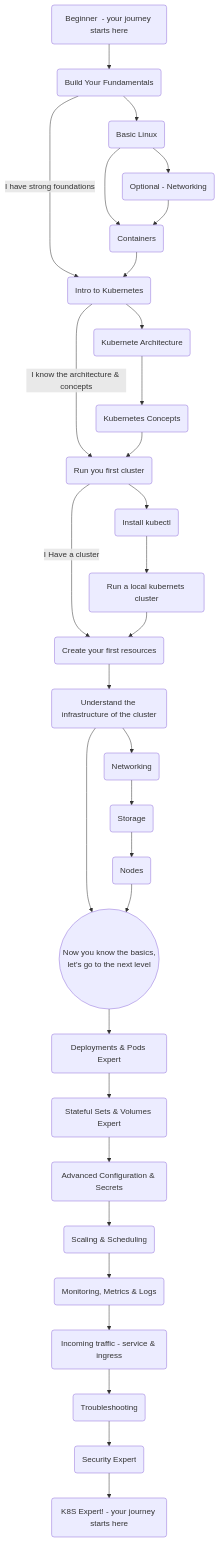
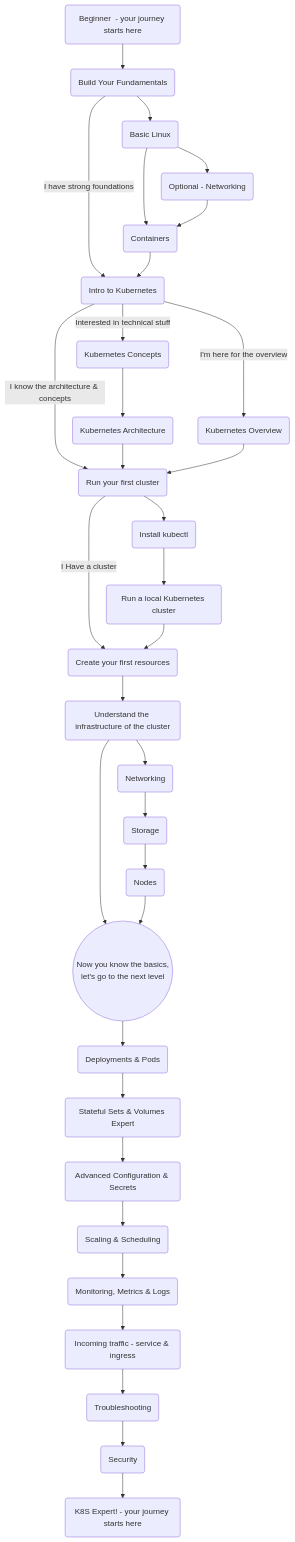
The diagram in README.md (guymenahem/the-kubernetes-journey), drawn with Mermaid before and after one commit. The commit also changed other lines of this file and 20 other files, not shown here.

````diff
--- a/README.md
+++ b/README.md
@@ -11,9 +14,11 @@
 ```mermaid
     flowchart TD;
         start(Beginner  - your journey starts here)
+        click start "https://github.com/guymenahem/the-kubernetes-journey/tree/main/Intros/journey-start"
         start --> fundamentals
 
         fundamentals(Build Your Fundamentals)
+        click fundamentals "https://github.com/guymenahem/the-kubernetes-journey/tree/main/Intros/build-fundamentals"
         fundamentals --> linux
         fundamentals -- I have strong foundations --> k8s-intro
 
@@ -31,14 +36,25 @@
             containers --> k8s-intro
 
         k8s-intro(Intro to Kubernetes)
-        k8s-intro --> k8s-arch
+        click k8s-intro "https://github.com/guymenahem/the-kubernetes-journey/tree/main/Intros/intro-k8s"
+        k8s-intro -- Interested in technical stuff  --> k8s-concepts
+        k8s-intro -- I'm here for the overview  --> k8s-overview
         k8s-intro -- I know the architecture & concepts --> k8s-first-run
 
-            k8s-arch(Kubernete Architecture) --> k8s-concepts
+            k8s-concepts(Kubernetes Concepts) --> k8s-arch
+            click k8s-concepts "https://github.com/guymenahem/the-kubernetes-journey/tree/main/Beginner/k8s-concepts"
+            
+            
+            k8s-arch(Kubernetes Architecture) --> k8s-first-run
+            click k8s-arch "https://github.com/guymenahem/the-kubernetes-journey/tree/main/Beginner/k8s-architecture"
+            
 
-            k8s-concepts(Kubernetes Concepts) --> k8s-first-run
+            k8s-overview(Kubernetes Overview)
+            click k8s-overview "https://github.com/guymenahem/the-kubernetes-journey/tree/main/Intros/k8s-overview"
+            k8s-overview --> k8s-first-run
 
-        k8s-first-run(Run you first cluster)
+        k8s-first-run(Run your first cluster)
+        click k8s-first-run "https://github.com/guymenahem/the-kubernetes-journey/tree/main/Intros/run-first-cluster"
         k8s-first-run -- I Have a cluster --> k8s-first-resources
         k8s-first-run --> kubectl
         
@@ -47,14 +63,17 @@
             click kubectl "https://github.com/guymenahem/the-kubernetes-journey/tree/main/Beginner/install-kubectl"
             kubectl --> k8s-local
 
-            k8s-local(Run a local kubernets cluster)
+            k8s-local(Run a local Kubernetes cluster)
+            click k8s-local "https://github.com/guymenahem/the-kubernetes-journey/tree/main/Beginner/install-kubectl"
             k8s-local --> k8s-first-resources
 
 
         k8s-first-resources(Create your first resources)
+        click k8s-first-resources "https://github.com/guymenahem/the-kubernetes-journey/tree/main/Beginner/run-first-resources"
         k8s-first-resources --> k8s-infra
 
         k8s-infra(Understand the infrastructure of the cluster)
+        click k8s-infra "https://github.com/guymenahem/the-kubernetes-journey/tree/main/Intros/understand-cluster-infra"
         k8s-infra --> k8s-networking
         k8s-infra --> k8s-basic-finish
 
@@ -68,30 +87,39 @@
             k8s-nodes --> k8s-basic-finish
 
         k8s-basic-finish((Now you know the basics,\n let's go to the next level))
-        k8s-basic-finish --> deployment-expert
+        click k8s-basic-finish "https://github.com/guymenahem/the-kubernetes-journey/tree/main/Intros/k8s-basic-finish"
+        k8s-basic-finish --> deployment-and-pods
 
-        deployment-expert(Deployments & Pods Expert)
-        deployment-expert --> stateful-expert
+        deployment-and-pods(Deployments & Pods)
+        click deployment-expert "https://github.com/guymenahem/the-kubernetes-journey/tree/main/Intermediate/deployments-and-pods"
+        deployment-and-pods --> stateful-and-volumes
 
-        stateful-expert(Stateful Sets & Volumes Expert)
-        stateful-expert --> advanced-configuration
+        stateful-and-volumes(Stateful Sets & Volumes Expert)
+        click stateful-and-volumes "https://github.com/guymenahem/the-kubernetes-journey/tree/main/Intermediate/stateful-and-volumes"
+        stateful-and-volumes --> advanced-configuration
 
         advanced-configuration(Advanced Configuration & Secrets)
+        click advanced-configuration "https://github.com/guymenahem/the-kubernetes-journey/tree/main/Intermediate/advanced-configuration"
         advanced-configuration --> scaling-and-scheduling
 
         scaling-and-scheduling(Scaling & Scheduling)
+        click scaling-and-scheduling "https://github.com/guymenahem/the-kubernetes-journey/tree/main/Intermediate/scaling-and-scheduling"
         scaling-and-scheduling --> metrics-and-logs
 
         metrics-and-logs(Monitoring, Metrics & Logs)
+        click metrics-and-logs "https://github.com/guymenahem/the-kubernetes-journey/tree/main/Intermediate/metrics-and-logs"
         metrics-and-logs --> service-ingress
 
         service-ingress(Incoming traffic - service & ingress)
+        click service-ingress "https://github.com/guymenahem/the-kubernetes-journey/tree/main/Intermediate/service-and-ingress"
         service-ingress --> troubleshooting
 
         troubleshooting(Troubleshooting)
-        troubleshooting --> security-expert
+        click troubleshooting "https://github.com/guymenahem/the-kubernetes-journey/tree/main/Intermediate/troubleshooting"
+        troubleshooting --> security
 
-        security-expert(Security Expert) --> expert
+        security(Security) --> expert
+        click security "https://github.com/guymenahem/the-kubernetes-journey/tree/main/Intermediate/security"
 
         
         expert(K8S Expert! - your journey starts here)
````
